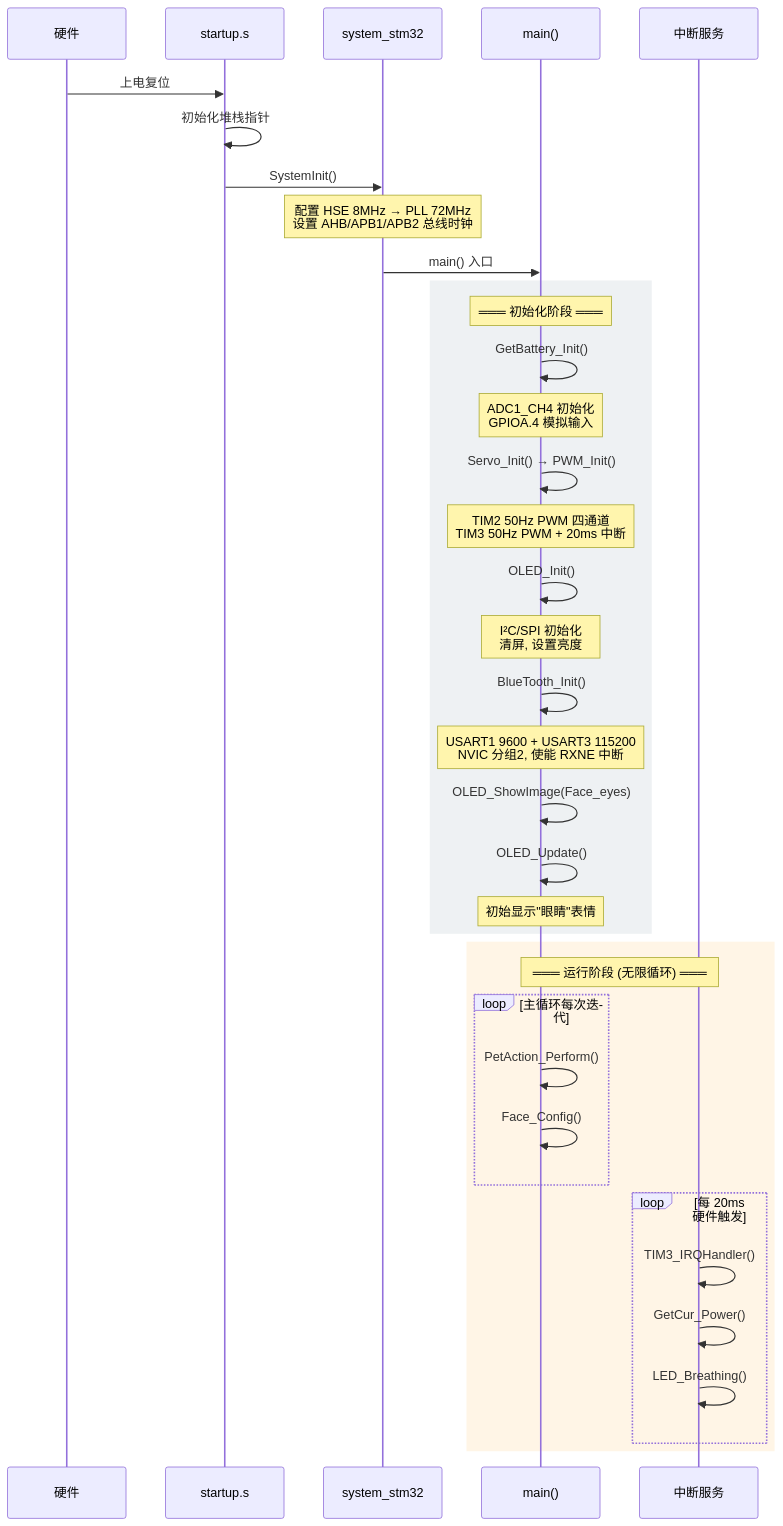
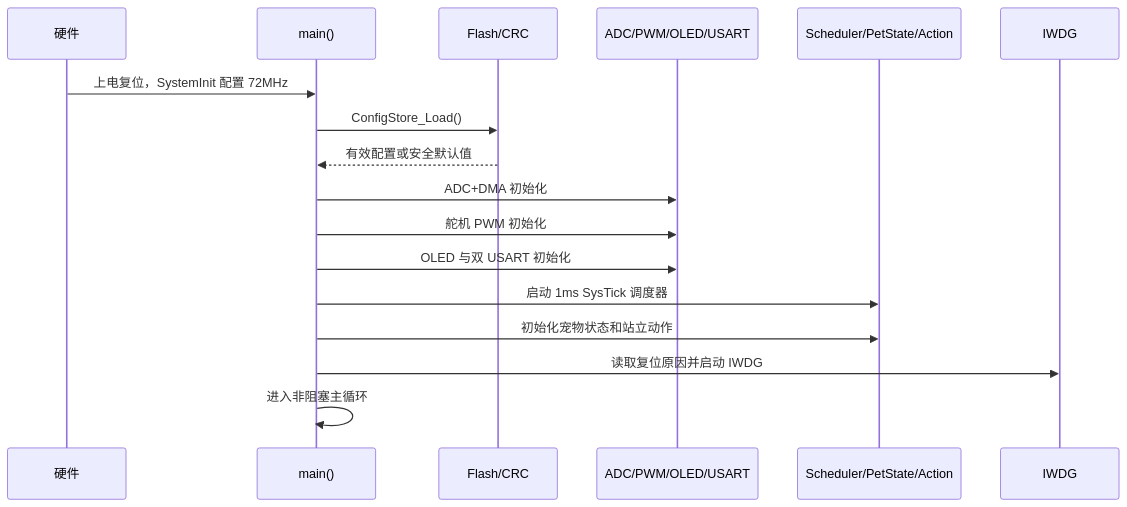
Before and after one commit to c885204484-lang/-: the third of 5 diagrams in README.md, drawn with Mermaid. The commit also changed other lines of this file, not shown here.

````diff
--- a/README.md
+++ b/README.md
@@ -221,42 +367,20 @@
 ```mermaid
 sequenceDiagram
     participant HW as 硬件
-    participant Start as startup.s
-    participant Sys as system_stm32
     participant Main as main()
-    participant ISR as 中断服务
+    participant Flash as Flash/CRC
+    participant Periph as ADC/PWM/OLED/USART
+    participant App as Scheduler/PetState/Action
+    participant WDG as IWDG
 
-    HW->>Start: 上电复位
-    Start->>Start: 初始化堆栈指针
-    Start->>Sys: SystemInit()
-    Note over Sys: 配置 HSE 8MHz → PLL 72MHz<br/>设置 AHB/APB1/APB2 总线时钟
-    Sys->>Main: main() 入口
-
-    rect rgb(238, 241, 243)
-        Note over Main: ═══ 初始化阶段 ═══
-        Main->>Main: GetBattery_Init()
-        Note over Main: ADC1_CH4 初始化<br/>GPIOA.4 模拟输入
-        Main->>Main: Servo_Init() → PWM_Init()
-        Note over Main: TIM2 50Hz PWM 四通道<br/>TIM3 50Hz PWM + 20ms 中断
-        Main->>Main: OLED_Init()
-        Note over Main: I²C/SPI 初始化<br/>清屏, 设置亮度
-        Main->>Main: BlueTooth_Init()
-        Note over Main: USART1 9600 + USART3 115200<br/>NVIC 分组2, 使能 RXNE 中断
-        Main->>Main: OLED_ShowImage(Face_eyes)
-        Main->>Main: OLED_Update()
-        Note over Main: 初始显示"眼睛"表情
-    end
-
-    rect rgb(255, 245, 230)
-        Note over Main,ISR: ═══ 运行阶段 (无限循环) ═══
-        loop 主循环每次迭代
-            Main->>Main: PetAction_Perform()
-            Main->>Main: Face_Config()
-        end
-        loop 每 20ms 硬件触发
-            ISR->>ISR: TIM3_IRQHandler()
-            ISR->>ISR: GetCur_Power()
-            ISR->>ISR: LED_Breathing()
-        end
-    end
+    HW->>Main: 上电复位，SystemInit 配置 72MHz
+    Main->>Flash: ConfigStore_Load()
+    Flash-->>Main: 有效配置或安全默认值
+    Main->>Periph: ADC+DMA 初始化
+    Main->>Periph: 舵机 PWM 初始化
+    Main->>Periph: OLED 与双 USART 初始化
+    Main->>App: 启动 1ms SysTick 调度器
+    Main->>App: 初始化宠物状态和站立动作
+    Main->>WDG: 读取复位原因并启动 IWDG
+    Main->>Main: 进入非阻塞主循环
 ```
````
